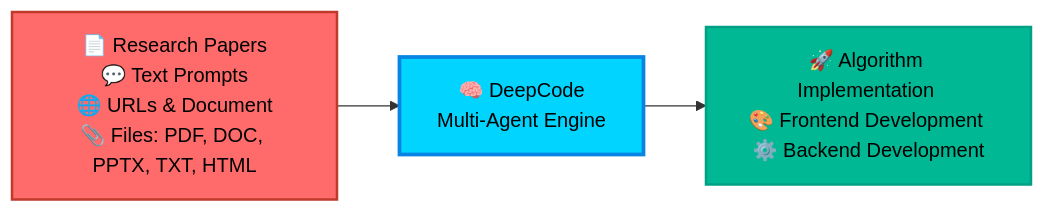
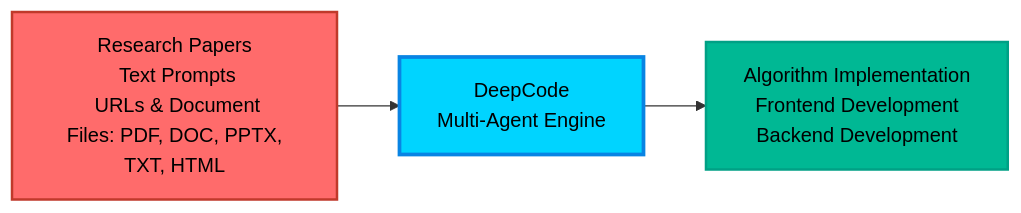
One commit to HKUDS/DeepCode changed the diagram in README.md. Above: the diagram before and after it, drawn with Mermaid. The commit also changed other lines of this file and 114 other files, not shown here.

````diff
--- a/README.md
+++ b/README.md
@@ -440,9 +402,9 @@
 ```mermaid
 flowchart LR
-    A["📄 Research Papers<br/>💬 Text Prompts<br/>🌐 URLs & Document<br/>📎 Files: PDF, DOC, PPTX, TXT, HTML"] --> B["🧠 DeepCode<br/>Multi-Agent Engine"]
-    B --> C["🚀 Algorithm Implementation <br/>🎨 Frontend Development <br/>⚙️ Backend Development"]
+    A[" Research Papers<br/> Text Prompts<br/> URLs & Document<br/> Files: PDF, DOC, PPTX, TXT, HTML"] --> B[" DeepCode<br/>Multi-Agent Engine"]
+    B --> C[" Algorithm Implementation <br/> Frontend Development <br/> Backend Development"]
 
     style A fill:#ff6b6b,stroke:#c0392b,stroke-width:2px,color:#000
     style B fill:#00d4ff,stroke:#0984e3,stroke-width:3px,color:#000
     style C fill:#00b894,stroke:#00a085,stroke-width:2px,color:#000
 ```
````
